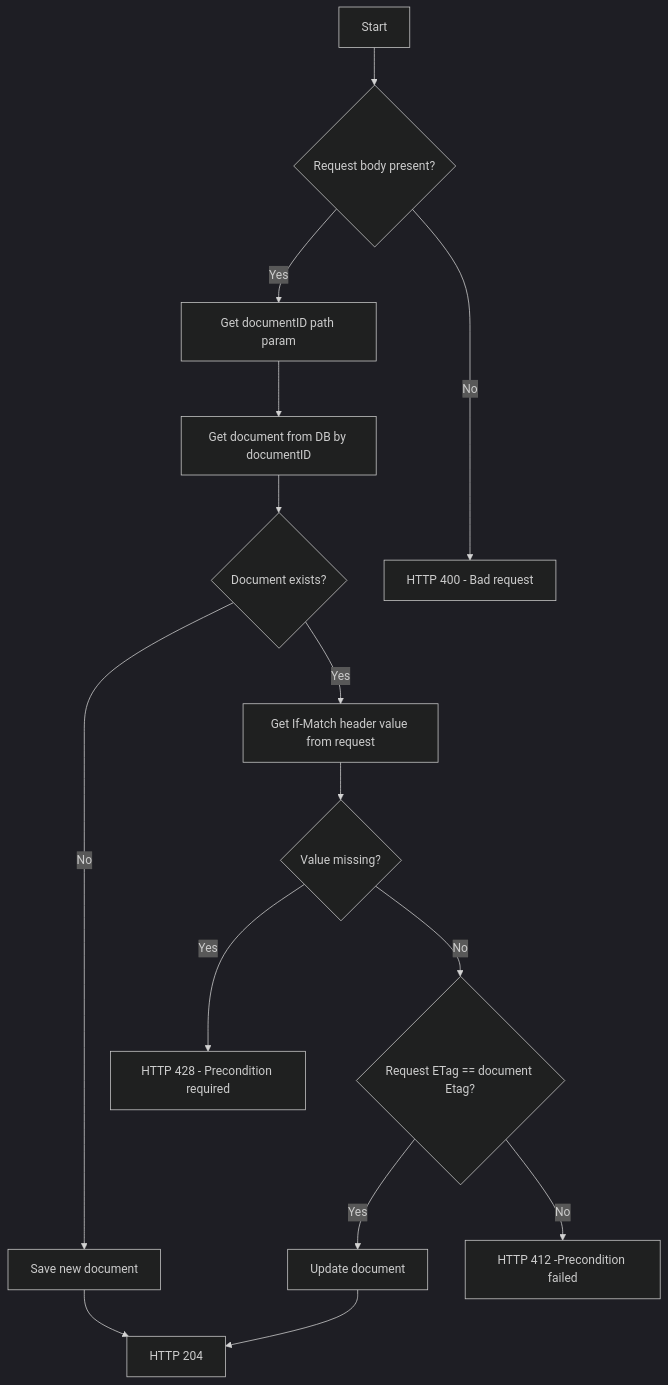
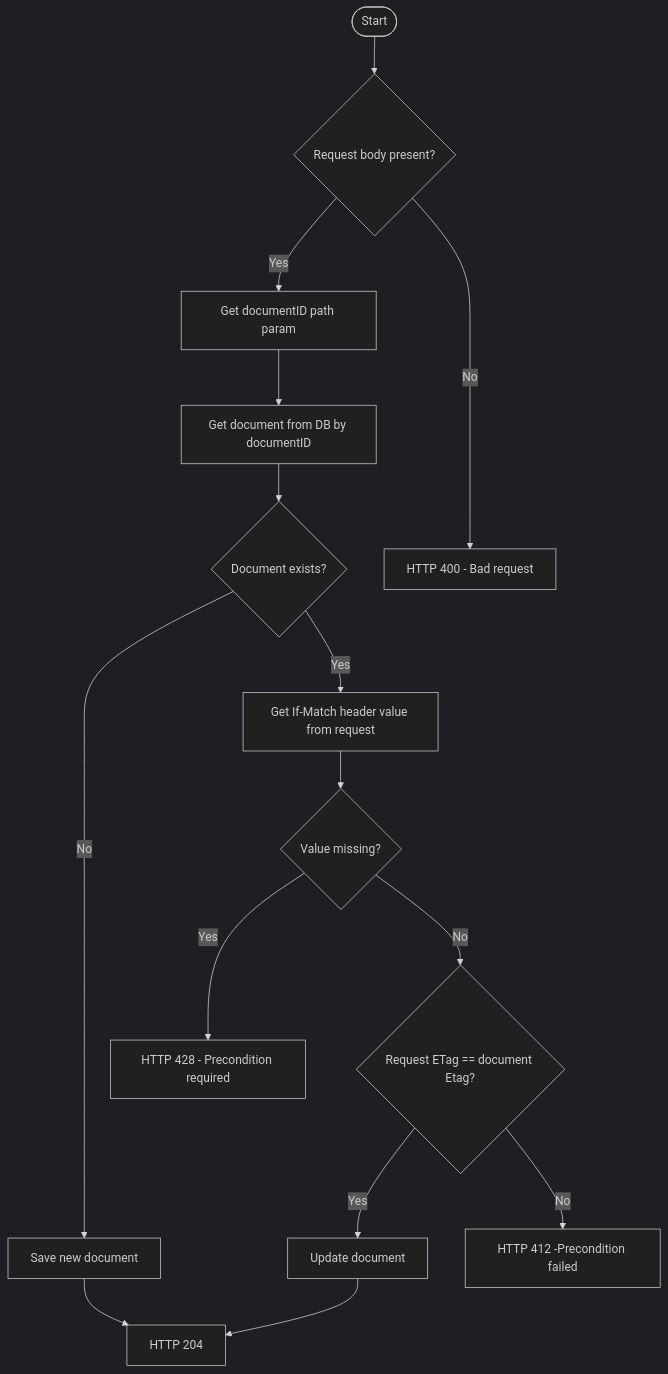
One commit to gran-software-solutions/blog changed the first of 2 diagrams in blog/2023-03-21-concurrency-in-rest-apis/index.mdx. Above: the diagram before and after it, drawn with Mermaid (dark theme). The commit also changed other lines of this file, not shown here.

Commit message:
Concurrent APIs - formatting

````diff
--- a/blog/2023-03-21-concurrency-in-rest-apis/index.mdx
+++ b/blog/2023-03-21-concurrency-in-rest-apis/index.mdx
@@ -88,17 +88,17 @@
 ```mermaid
 flowchart TD
-    A[Start] --> B{Request body present?}
+    A([Start]) --> B{Request body present?}
     B -- Yes --> C[Get documentID path param]
     C --> D[Get document from DB by documentID]
     D --> E{Document exists?}
     E -- No --> F[Save new document]
     F --> G[HTTP 204]
     E -- Yes --> H[Get If-Match header value from request]
     H --> I{Value missing?}
     I -- Yes --> J[HTTP 428 - Precondition required]
     I -- No --> K{Request ETag == document Etag?}
     K -- Yes --> L[Update document]
     L --> G
     K -- No -->  N[HTTP 412 -Precondition failed]
     B -- No ----> O[HTTP 400 - Bad request]
 ```
````
